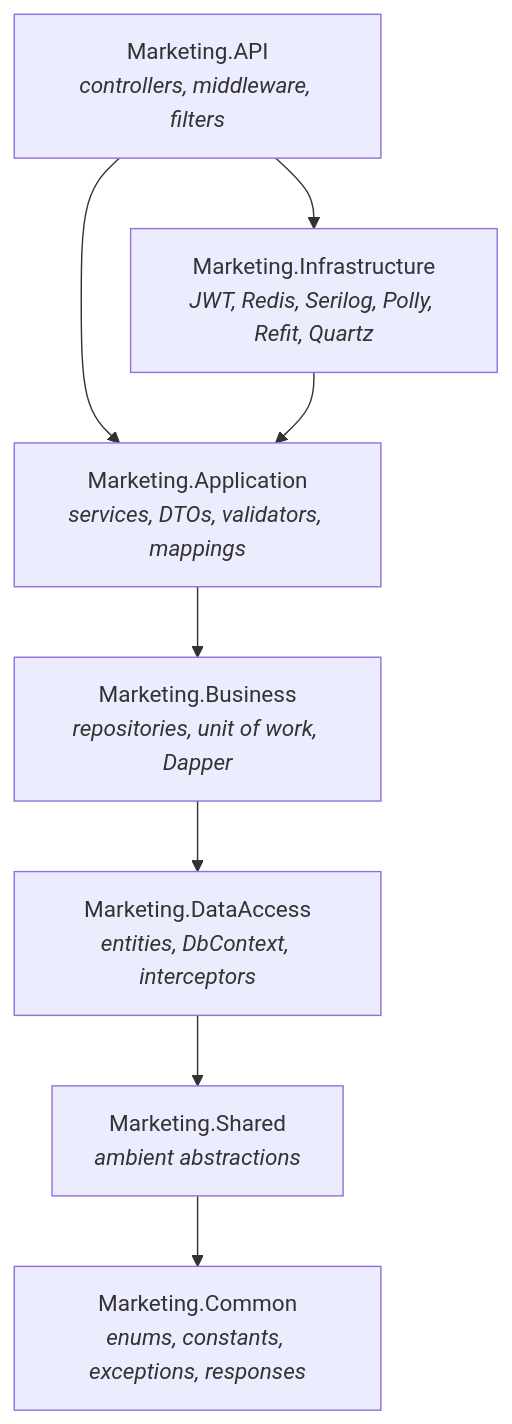
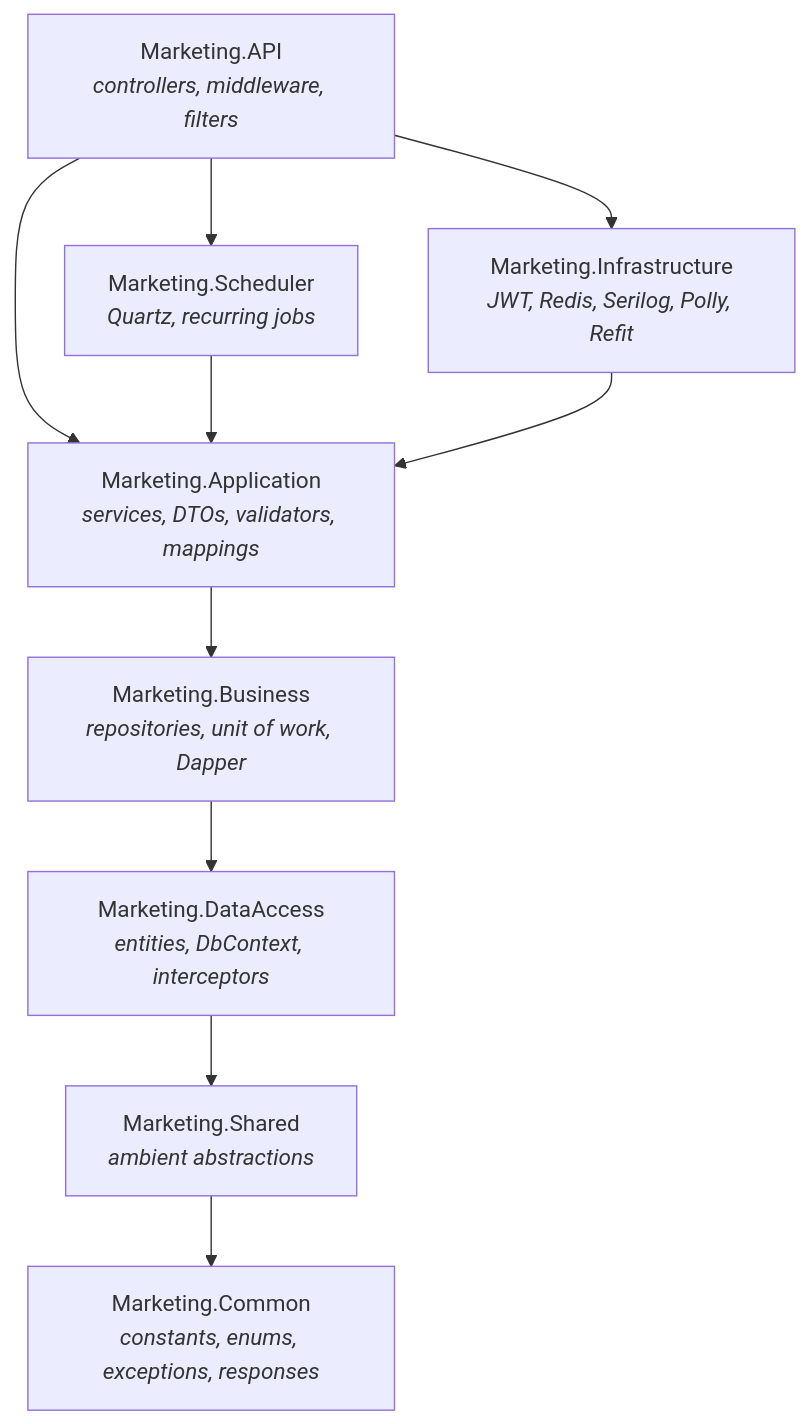
The first of 2 diagrams in README.md (AbdulHannan20411/Marketing_Backend), drawn with Mermaid before and after one commit. The commit also changed other lines of this file and 97 other files, not shown here.

First line of the commit message:
Add scheduler library, restructure constants and roles, build clean

````diff
--- a/README.md
+++ b/README.md
@@ -59,18 +60,21 @@
 ```mermaid
 flowchart TD
     API[Marketing.API<br/><i>controllers, middleware, filters</i>]
-    INF[Marketing.Infrastructure<br/><i>JWT, Redis, Serilog, Polly, Refit, Quartz</i>]
+    SCH[Marketing.Scheduler<br/><i>Quartz, recurring jobs</i>]
+    INF[Marketing.Infrastructure<br/><i>JWT, Redis, Serilog, Polly, Refit</i>]
     APP[Marketing.Application<br/><i>services, DTOs, validators, mappings</i>]
     BUS[Marketing.Business<br/><i>repositories, unit of work, Dapper</i>]
     DAL[Marketing.DataAccess<br/><i>entities, DbContext, interceptors</i>]
     SHR[Marketing.Shared<br/><i>ambient abstractions</i>]
-    CMN[Marketing.Common<br/><i>enums, constants, exceptions, responses</i>]
+    CMN[Marketing.Common<br/><i>constants, enums, exceptions, responses</i>]
 
+    API --> SCH
     API --> INF
     API --> APP
+    SCH --> APP
     INF --> APP
     APP --> BUS
     BUS --> DAL
     DAL --> SHR
     SHR --> CMN
 ```
````
